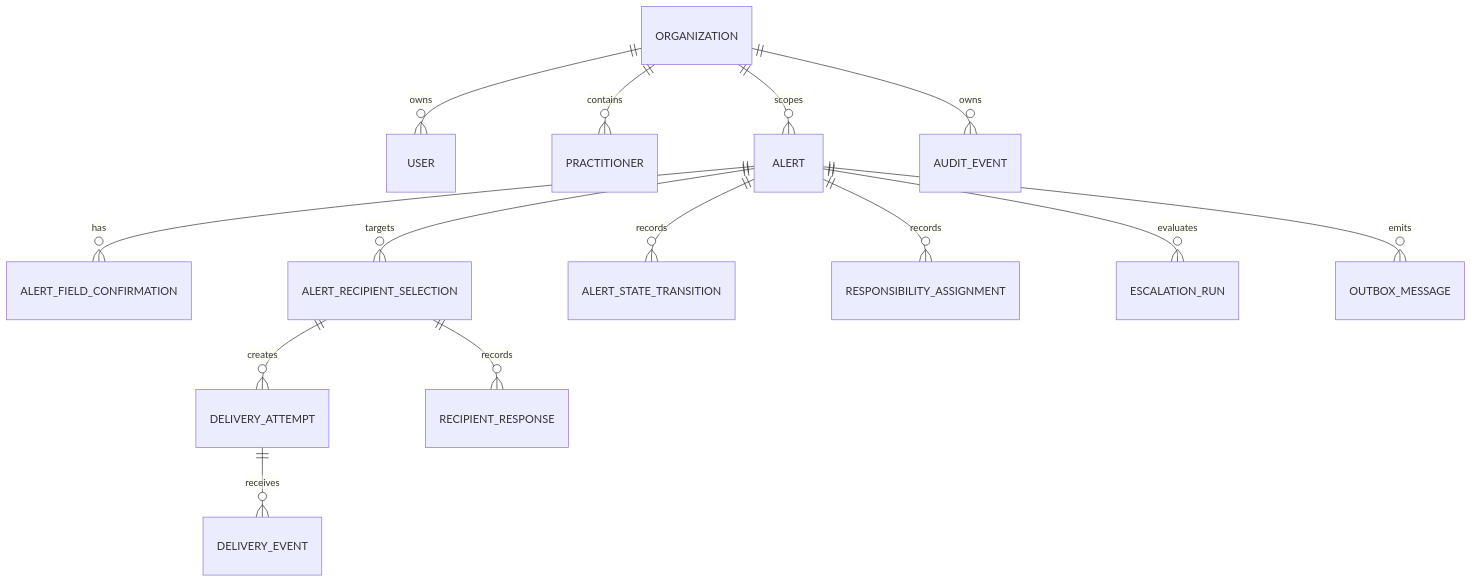
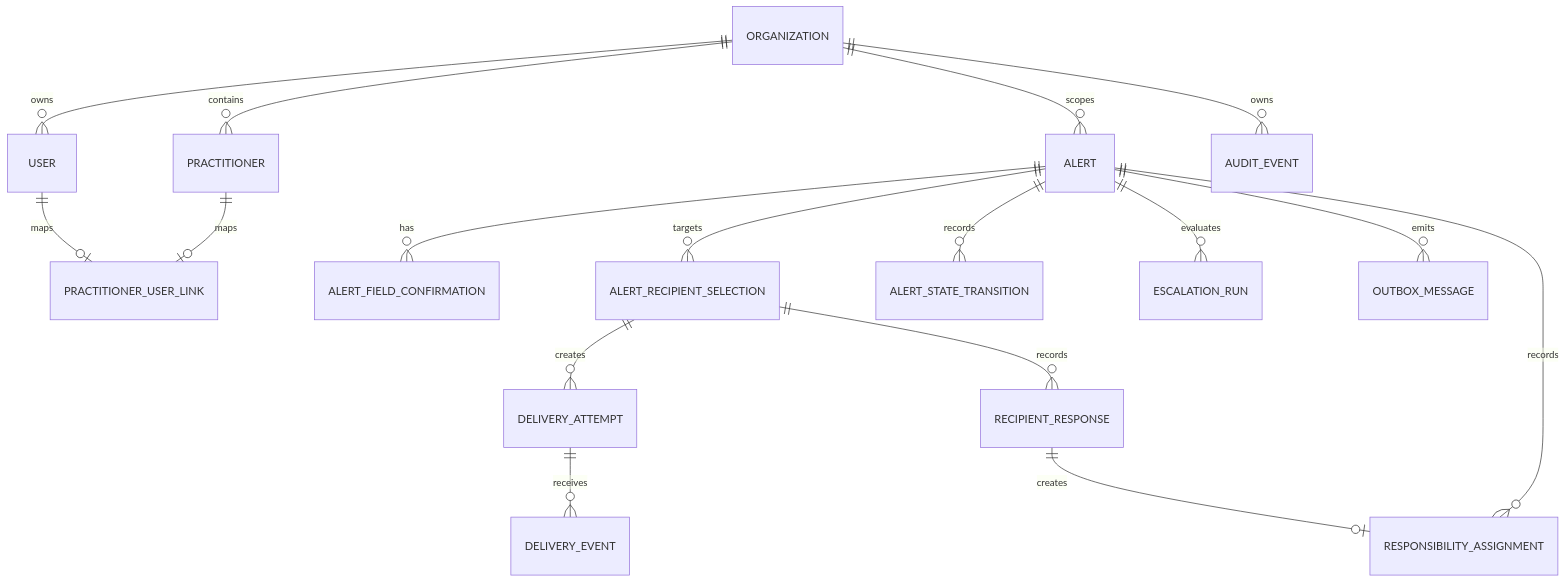
The diagram in docs/architecture/data-model.md (Ghaith-1996/Hospital), drawn with Mermaid before and after one commit. The commit also changed other lines of this file and 58 other files, not shown here.

Commit message:
feat: add Phase 8 practitioner response loop

````diff
--- a/docs/architecture/data-model.md
+++ b/docs/architecture/data-model.md
@@ -95,16 +101,19 @@
 ```mermaid
 erDiagram
     ORGANIZATION ||--o{ USER : owns
     ORGANIZATION ||--o{ PRACTITIONER : contains
+    USER ||--o| PRACTITIONER_USER_LINK : maps
+    PRACTITIONER ||--o| PRACTITIONER_USER_LINK : maps
     ORGANIZATION ||--o{ ALERT : scopes
     ALERT ||--o{ ALERT_FIELD_CONFIRMATION : has
     ALERT ||--o{ ALERT_RECIPIENT_SELECTION : targets
     ALERT ||--o{ ALERT_STATE_TRANSITION : records
     ALERT_RECIPIENT_SELECTION ||--o{ DELIVERY_ATTEMPT : creates
     DELIVERY_ATTEMPT ||--o{ DELIVERY_EVENT : receives
     ALERT_RECIPIENT_SELECTION ||--o{ RECIPIENT_RESPONSE : records
+    RECIPIENT_RESPONSE ||--o| RESPONSIBILITY_ASSIGNMENT : creates
     ALERT ||--o{ RESPONSIBILITY_ASSIGNMENT : records
     ALERT ||--o{ ESCALATION_RUN : evaluates
     ALERT ||--o{ OUTBOX_MESSAGE : emits
     ORGANIZATION ||--o{ AUDIT_EVENT : owns
 ```
````
